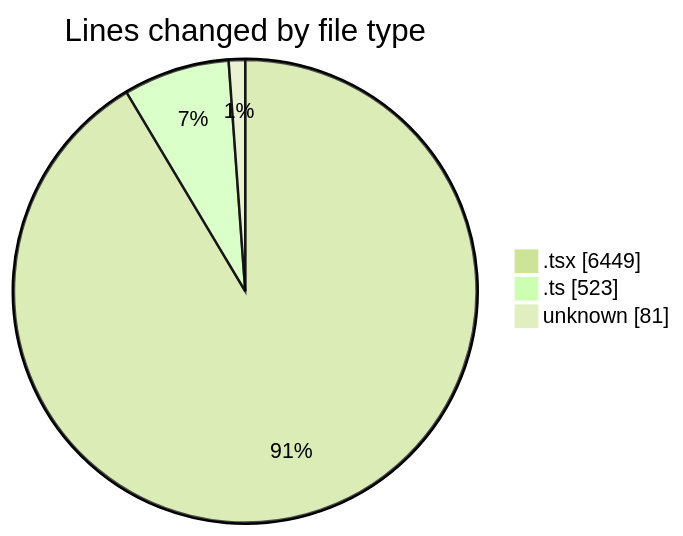
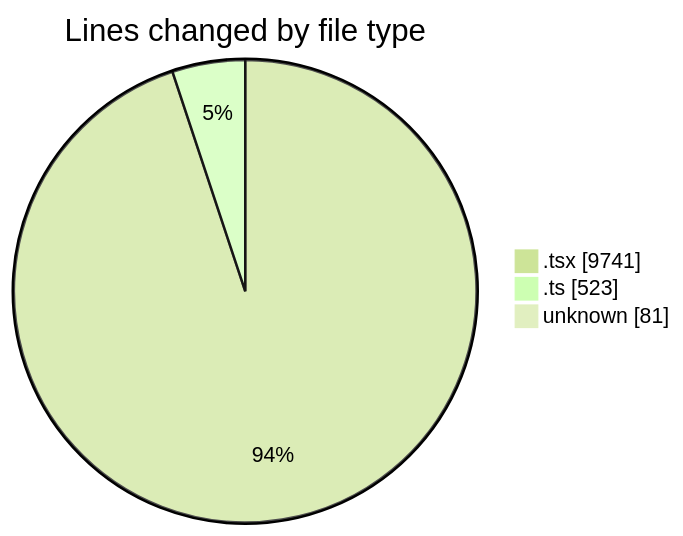
Before and after one commit to nxtqubesakshisongat/code-tracking: the first of 2 diagrams in 2026-04-05/nxtqube_webapp/README.md, drawn with Mermaid (forest theme). The commit also changed other lines of this file and 1 other file, not shown here.

````diff
--- a/2026-04-05/nxtqube_webapp/README.md
+++ b/2026-04-05/nxtqube_webapp/README.md
@@ -26,7 +27,7 @@
 ```mermaid
 pie showData
 title Lines changed by file type
-".tsx" : 6449
+".tsx" : 9741
 ".ts" : 523
 "unknown" : 81
 ```
````
